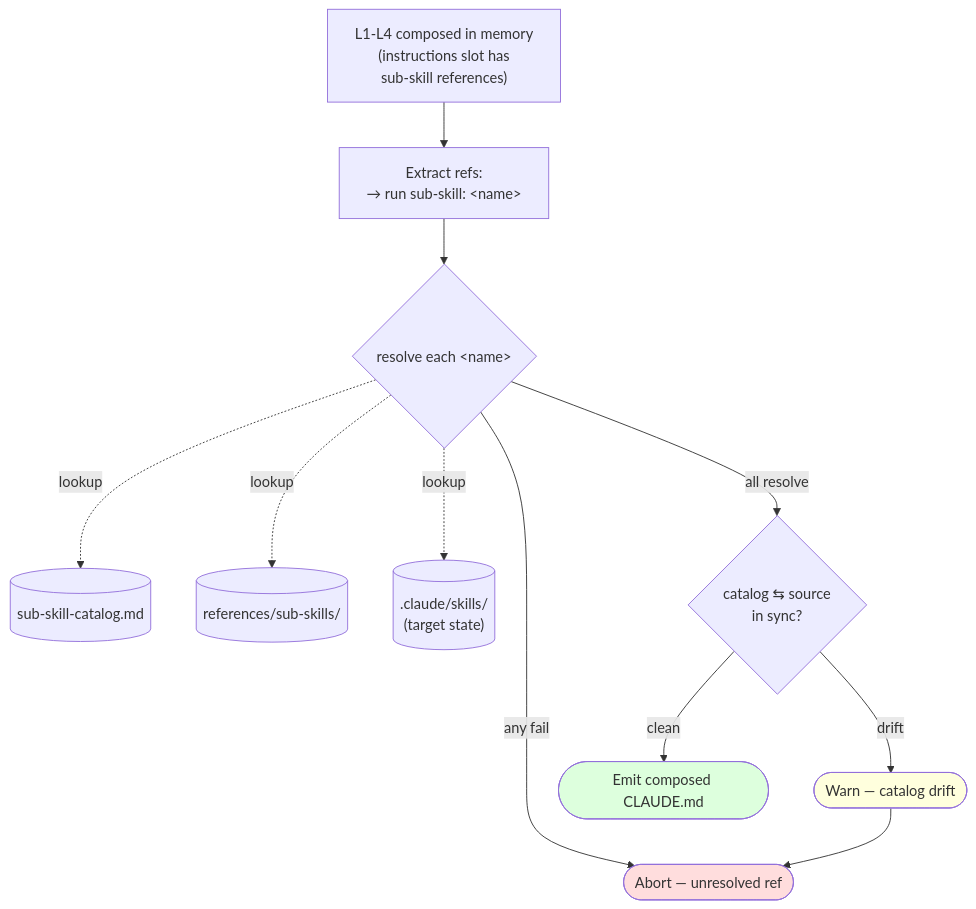
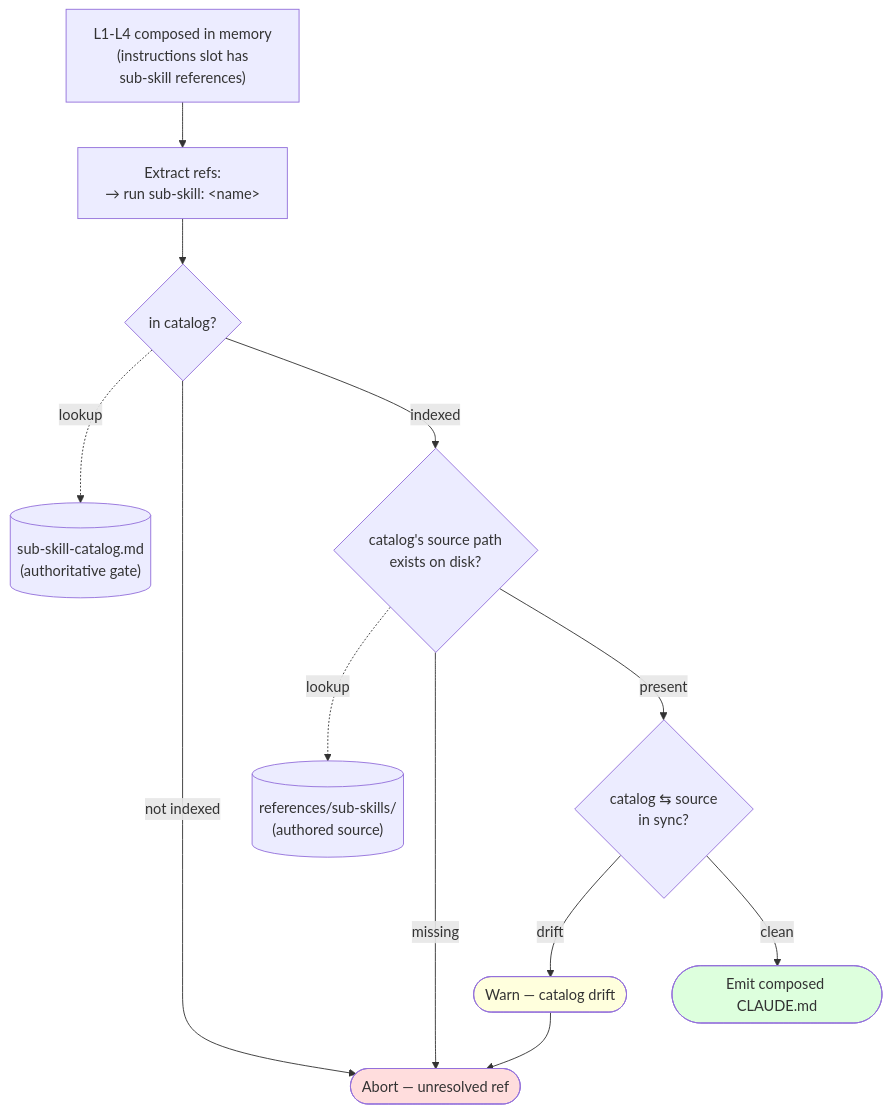
Before and after one commit to WallyDoodlez/SquidSquad: the fifth of 10 diagrams in docs/COMPOSE-ARCHITECTURE.md, drawn with Mermaid. The commit also changed other lines of this file, not shown here.

First line of the commit message:
docs: §4.5 catalog-gated resolution + §4.5.1 Claude-skills installer Gap

````diff
--- a/docs/COMPOSE-ARCHITECTURE.md
+++ b/docs/COMPOSE-ARCHITECTURE.md
@@ -379,26 +378,27 @@
 ```mermaid
 flowchart TB
     Base["L1-L4 composed in memory<br/>(instructions slot has<br/>sub-skill references)"]
     Extract["Extract refs:<br/>→ run sub-skill: &lt;name&gt;"]
-    Resolve{"resolve each &lt;name&gt;"}
-    Catalog[("sub-skill-catalog.md")]
-    Source[("references/sub-skills/")]
-    Skills[(".claude/skills/<br/>(target state)")]
+    CatLookup{"in catalog?"}
+    Catalog[("sub-skill-catalog.md<br/>(authoritative gate)")]
+    SrcLookup{"catalog's source path<br/>exists on disk?"}
+    Source[("references/sub-skills/<br/>(authored source)")]
     Drift{"catalog ⇆ source<br/>in sync?"}
     Abort([Abort — unresolved ref])
     Warn([Warn — catalog drift])
     Emit([Emit composed CLAUDE.md])
 
-    Base --> Extract --> Resolve
-    Resolve -.->|"lookup"| Catalog
-    Resolve -.->|"lookup"| Source
-    Resolve -.->|"lookup"| Skills
-    Resolve -->|"any fail"| Abort
-    Resolve -->|"all resolve"| Drift
+    Base --> Extract --> CatLookup
+    CatLookup -.->|"lookup"| Catalog
+    CatLookup -->|"not indexed"| Abort
+    CatLookup -->|"indexed"| SrcLookup
+    SrcLookup -.->|"lookup"| Source
+    SrcLookup -->|"missing"| Abort
+    SrcLookup -->|"present"| Drift
     Drift -->|"drift"| Warn --> Abort
     Drift -->|"clean"| Emit
 
     style Abort fill:#fdd
     style Warn fill:#ffd
     style Emit fill:#dfd
 ```
````
